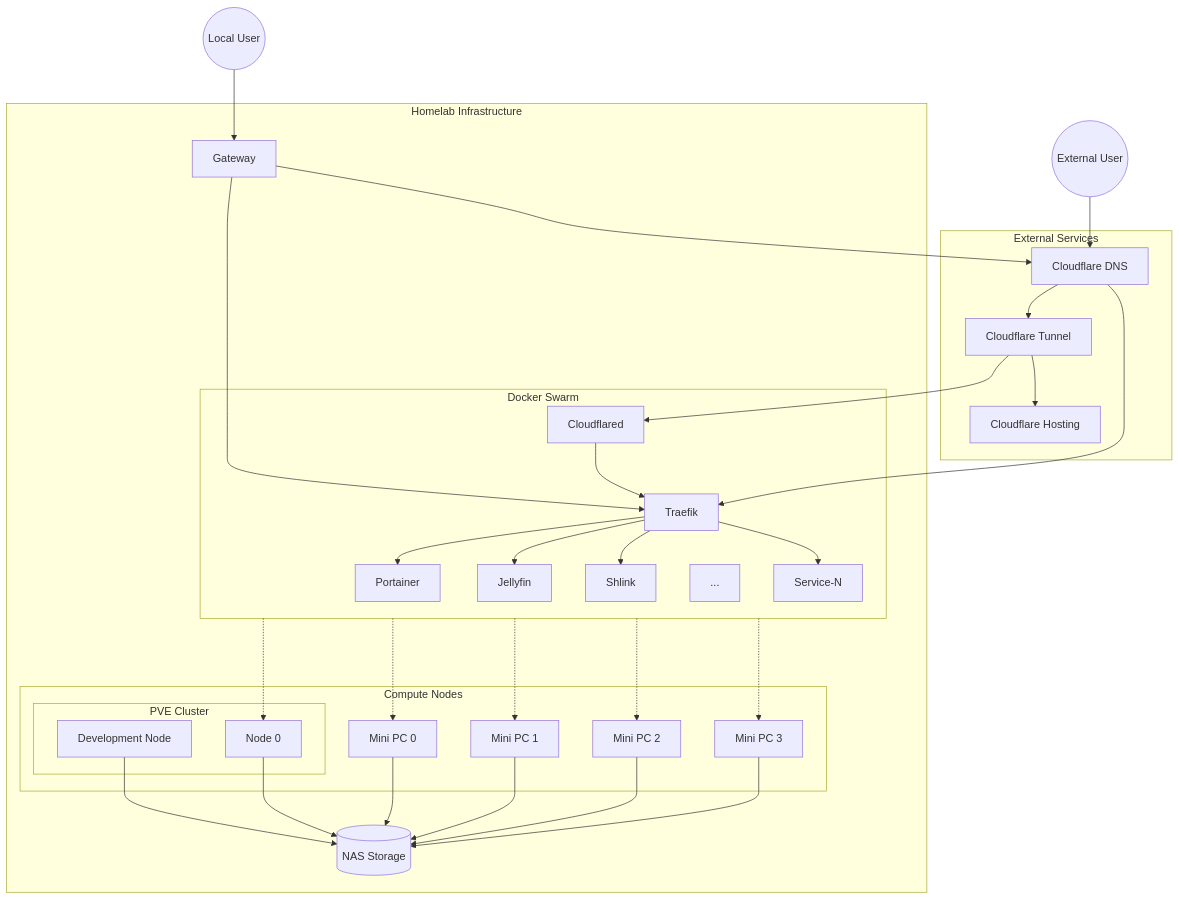
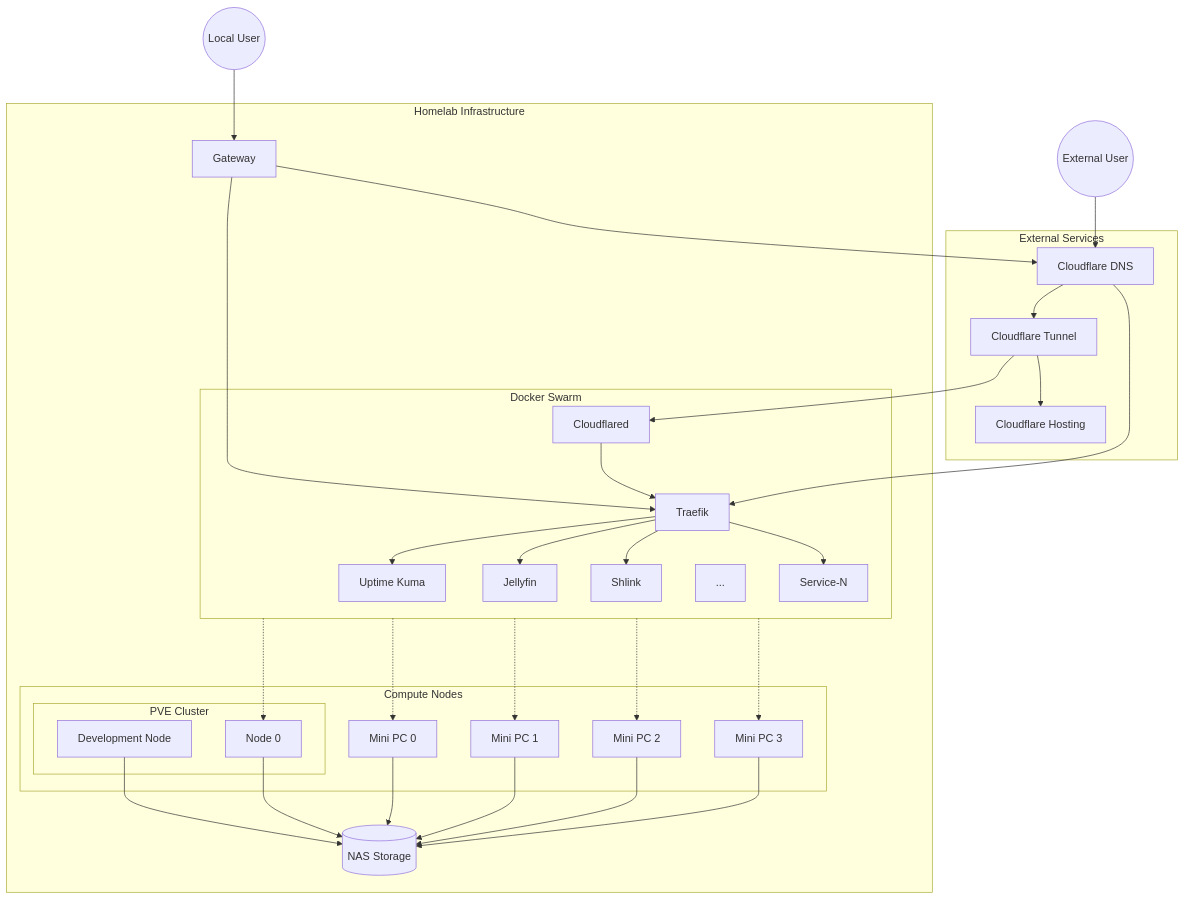
One commit to dbut2/dbut2.github.io changed the second of 2 diagrams in content/blog/homelab-in-review.md. Above: the diagram before and after it, drawn with Mermaid.

Commit message:
Update content/blog/homelab-in-review.md (via Pages CMS)

````diff
--- a/content/blog/homelab-in-review.md
+++ b/content/blog/homelab-in-review.md
@@ -87,56 +87,56 @@
 ```mermaid
 flowchart TD
     user((External User))
     local-user((Local User))
 
     subgraph external-services [External Services]
         cloudflare[Cloudflare Tunnel]
         cloudflare-hosting[Cloudflare Hosting]
         cloudflare-dns[Cloudflare DNS]
     end
 
     subgraph homelab [Homelab Infrastructure]
         subgraph compute-nodes [Compute Nodes]
             subgraph pve [PVE Cluster]
                 dev[Development Node]
                 node0[Node 0]
             end
 
             tc0[Mini PC 0]
             tc1[Mini PC 1]
             tc2[Mini PC 2]
             tc3[Mini PC 3]
         end
 
         nas[(NAS Storage)]
 
         gateway[Gateway]
 
         subgraph swarm [Docker Swarm]
-            service-1[Portainer]
+            service-1[Uptime Kuma]
             service-2[Jellyfin]
             service-3[Shlink]
             service-n[...]
             service-4[Service-N]
 
             cloudflared[Cloudflared]
             traefik[Traefik]
         end
     end
 
     local-user --> gateway
     gateway --> cloudflare-dns
     gateway --> traefik
 
     user --> cloudflare-dns
     cloudflare-dns --> cloudflare
     cloudflare --> cloudflared
     cloudflared --> traefik
     cloudflare --> cloudflare-hosting
 
     cloudflare-dns --> traefik
 
     traefik --> service-1 & service-2 & service-3 & service-4
     swarm -..-> node0 & tc0 & tc1 & tc2 & tc3
     dev & node0 & tc0 & tc1 & tc2 & tc3 --> nas
 ```
````
